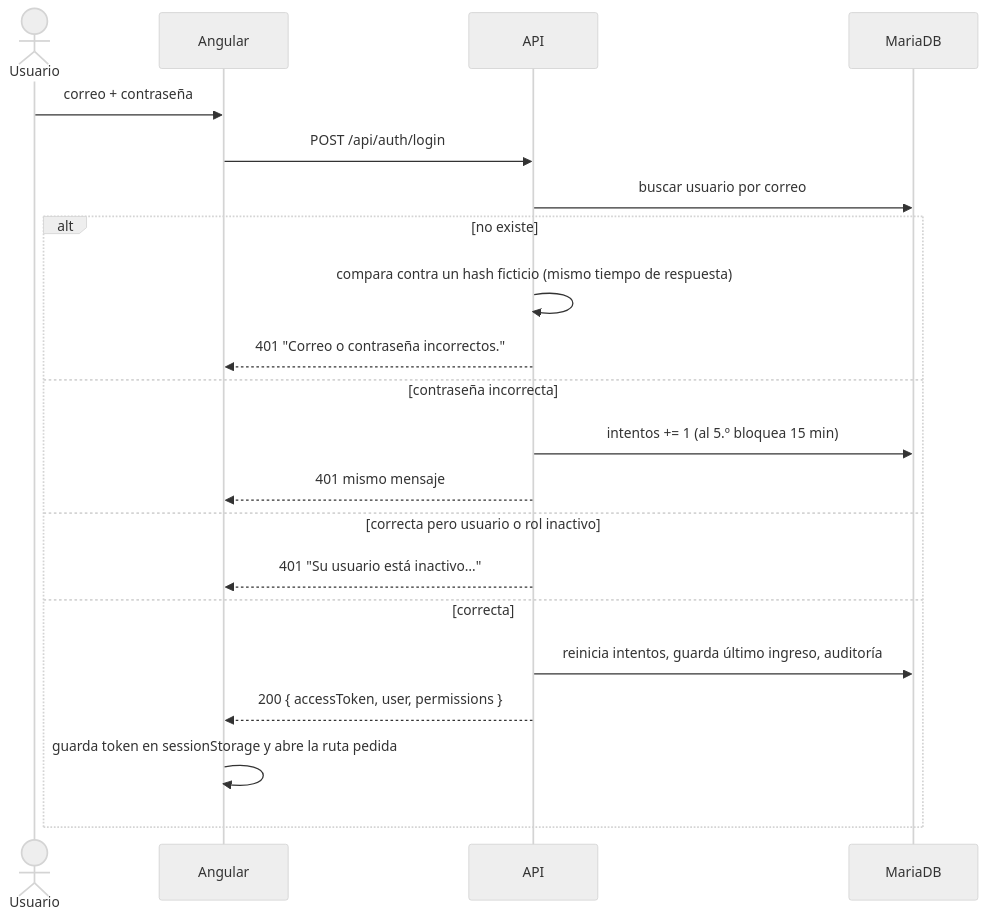
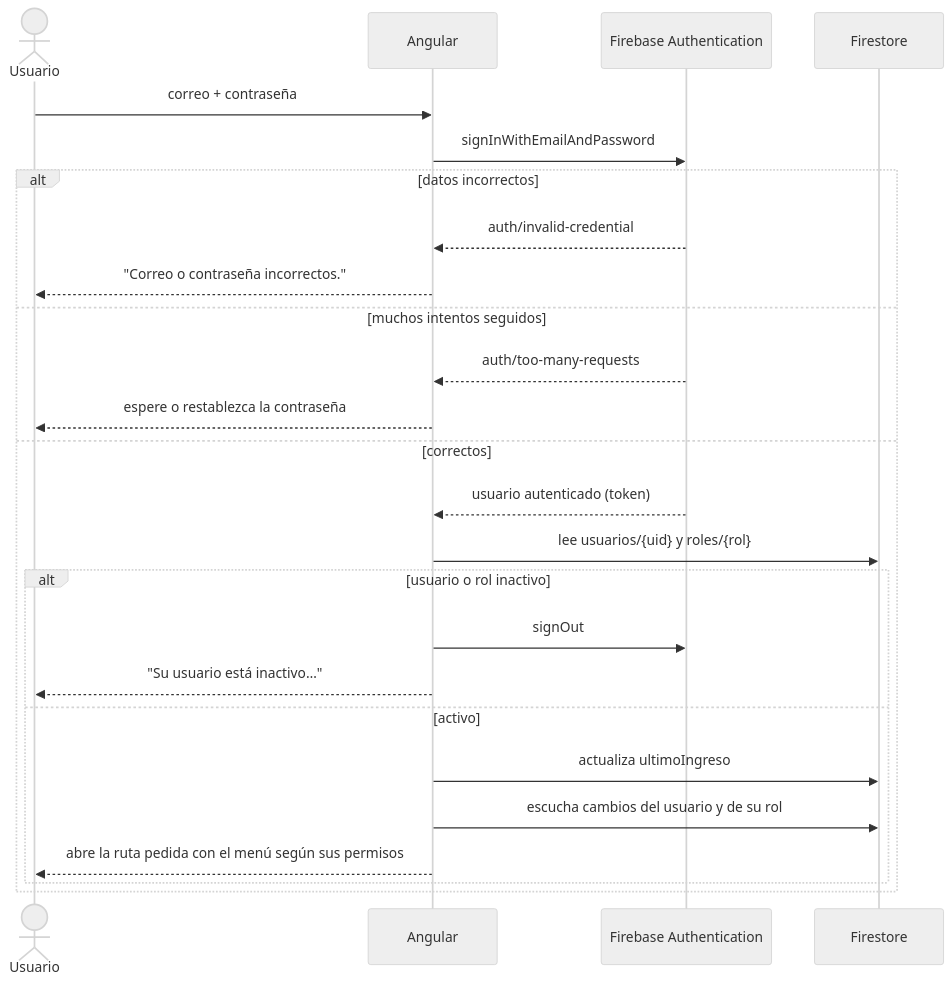
The diagram in docs/uml/fuentes/secuencia-ingreso.mmd (98765432100123456/Aplicacion-a-la-inteligencia-artificial-), drawn with Mermaid (neutral theme) before and after one commit. The commit also changed 135 other files, not shown here.

First line of the commit message:
Retira el servicio NestJS y MariaDB; documentación y pruebas sobre Firebase

```diff
--- a/docs/uml/fuentes/secuencia-ingreso.mmd
+++ b/docs/uml/fuentes/secuencia-ingreso.mmd
@@ -1,21 +1,25 @@
 sequenceDiagram
     actor U as Usuario
     participant W as Angular
-    participant A as API
-    participant D as MariaDB
+    participant A as Firebase Authentication
+    participant F as Firestore
     U->>W: correo + contraseña
-    W->>A: POST /api/auth/login
-    A->>D: buscar usuario por correo
-    alt no existe
-        A->>A: compara contra un hash ficticio (mismo tiempo de respuesta)
-        A-->>W: 401 "Correo o contraseña incorrectos."
-    else contraseña incorrecta
-        A->>D: intentos += 1 (al 5.º bloquea 15 min)
-        A-->>W: 401 mismo mensaje
-    else correcta pero usuario o rol inactivo
-        A-->>W: 401 "Su usuario está inactivo…"
-    else correcta
-        A->>D: reinicia intentos, guarda último ingreso, auditoría
-        A-->>W: 200 { accessToken, user, permissions }
-        W->>W: guarda token en sessionStorage y abre la ruta pedida
+    W->>A: signInWithEmailAndPassword
+    alt datos incorrectos
+        A-->>W: auth/invalid-credential
+        W-->>U: "Correo o contraseña incorrectos."
+    else muchos intentos seguidos
+        A-->>W: auth/too-many-requests
+        W-->>U: espere o restablezca la contraseña
+    else correctos
+        A-->>W: usuario autenticado (token)
+        W->>F: lee usuarios/{uid} y roles/{rol}
+        alt usuario o rol inactivo
+            W->>A: signOut
+            W-->>U: "Su usuario está inactivo…"
+        else activo
+            W->>F: actualiza ultimoIngreso
+            W->>F: escucha cambios del usuario y de su rol
+            W-->>U: abre la ruta pedida con el menú según sus permisos
+        end
     end
```
